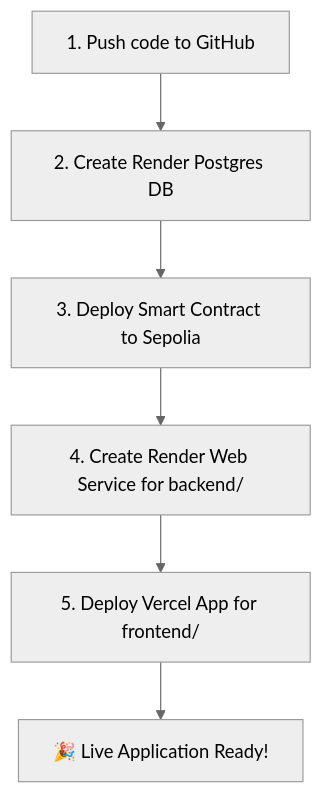
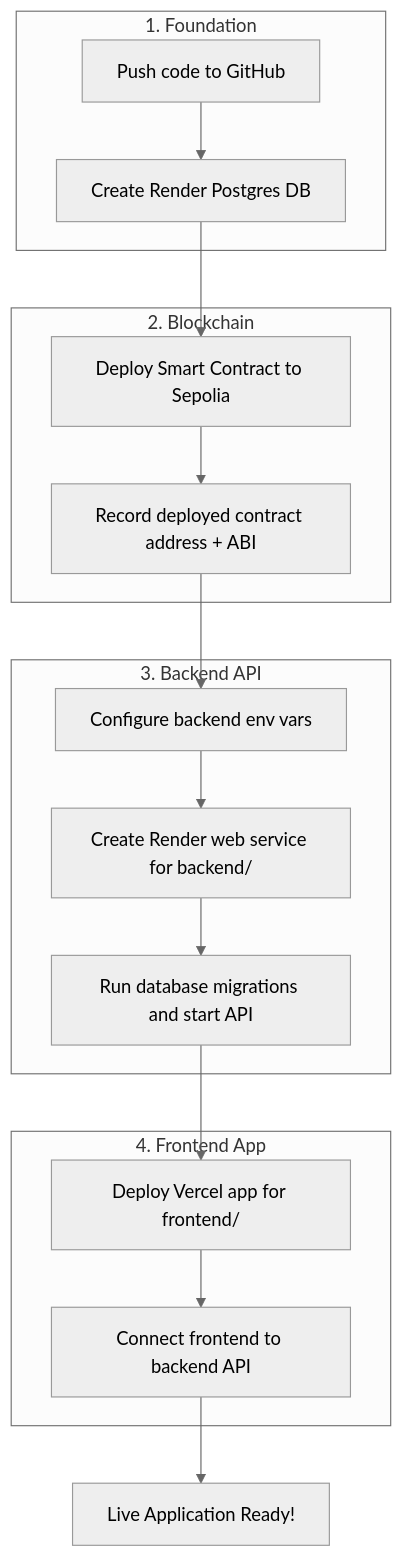
Before and after one commit to pthanksdev/ParcelNode: the diagram in README.md, drawn with Mermaid (neutral theme). The commit also changed 1 other file, not shown here.

Commit message:
docs: update README.md to enhance order of execution summary with subgraphs for clarity

````diff
--- a/README.md
+++ b/README.md
@@ -261,8 +261,35 @@
- ```mermaid
-    graph TD
-    A[1. Push code to GitHub] --> B[2. Create Render Postgres DB]
-    B --> C[3. Deploy Smart Contract to Sepolia]
-    C --> D[4. Create Render Web Service for backend/]
-    D --> E[5. Deploy Vercel App for frontend/]
-    E --> F[🎉 Live Application Ready!]
+```mermaid
+graph TD
+    subgraph Foundation[1. Foundation]
+        A[Push code to GitHub]
+        B[Create Render Postgres DB]
+    end
+
+    subgraph Blockchain[2. Blockchain]
+        C[Deploy Smart Contract to Sepolia]
+        D[Record deployed contract address + ABI]
+    end
+
+    subgraph Backend[3. Backend API]
+        E[Configure backend env vars]
+        F[Create Render web service for backend/]
+        G[Run database migrations and start API]
+    end
+
+    subgraph Frontend[4. Frontend App]
+        H[Deploy Vercel app for frontend/]
+        I[Connect frontend to backend API]
+    end
+
+    J[Live Application Ready!]
+
+    A --> B
+    B --> C
+    C --> D
+    D --> E
+    E --> F
+    F --> G
+    G --> H
+    H --> I
+    I --> J
 ```
````
